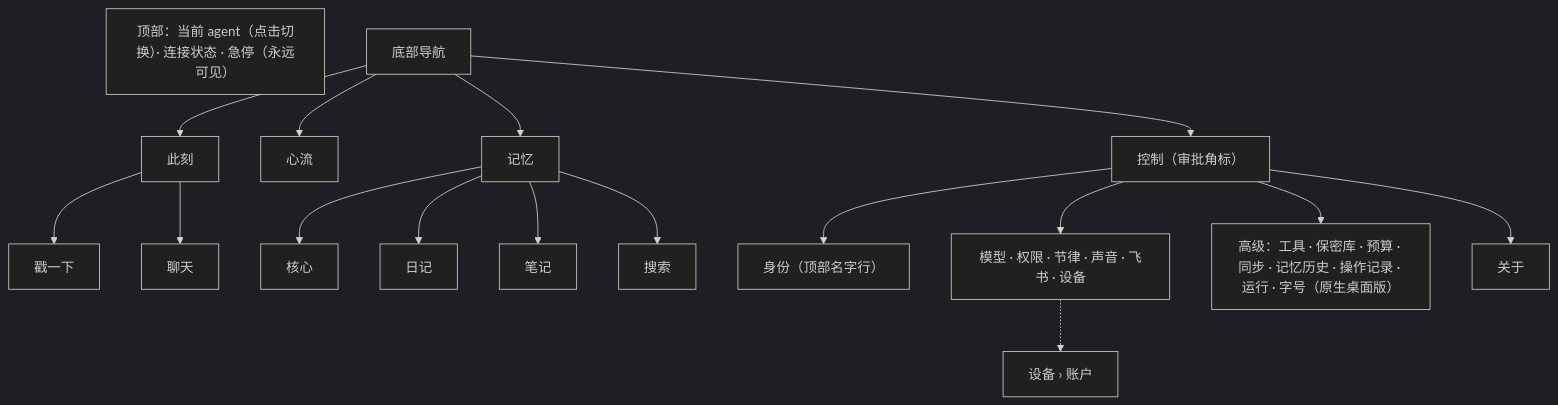
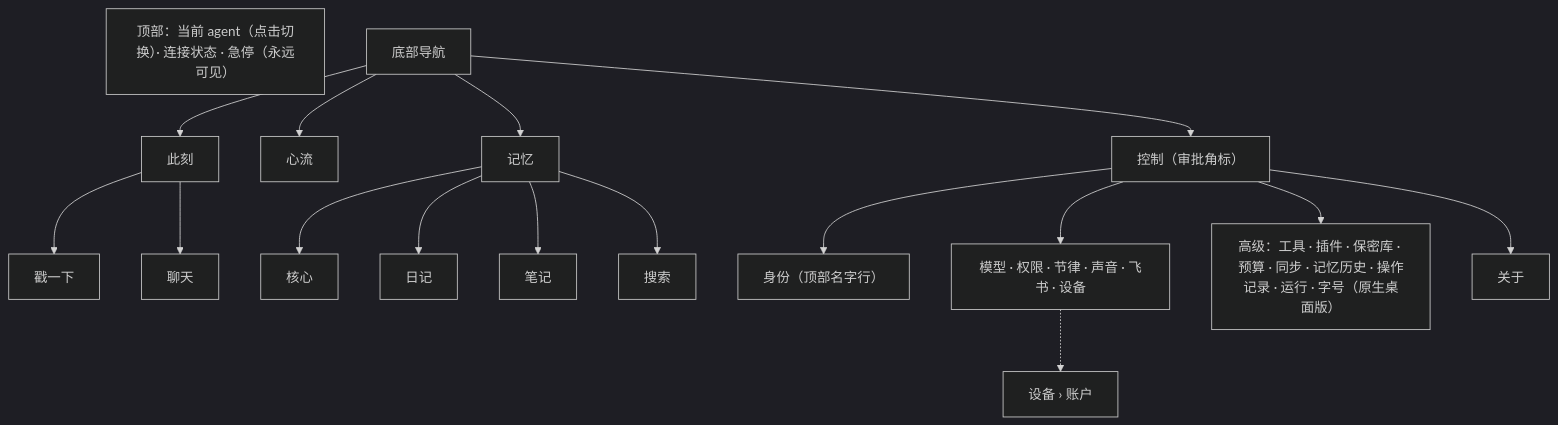
One commit to Causally-XYZ/Project.Quetzal changed the second of 2 diagrams in console/docs/ARCHITECTURE.md. Above: the diagram before and after it, drawn with Mermaid (dark theme). The commit also changed other lines of this file and 19 other files, not shown here.

````diff
--- a/console/docs/ARCHITECTURE.md
+++ b/console/docs/ARCHITECTURE.md
@@ -92,12 +93,12 @@
 ```mermaid
 flowchart TB
   TOP["顶部：当前 agent（点击切换）· 连接状态 · 急停（永远可见）"]
   NAV["底部导航"] --> A[此刻] & B[心流] & C[记忆] & D["控制（审批角标）"]
   A --> A1[戳一下] & A2[聊天]
   C --> C1[核心] & C2[日记] & C3[笔记] & C4[搜索]
   D --> D0["身份（顶部名字行）"]
   D --> D1["模型 · 权限 · 节律 · 声音 · 飞书 · 设备"]
   D1 -.-> D11["设备 › 账户"]
-  D --> D2["高级：工具 · 保密库 · 预算 · 同步 · 记忆历史 · 操作记录 · 运行 · 字号（原生桌面版）"]
+  D --> D2["高级：工具 · 插件 · 保密库 · 预算 · 同步 · 记忆历史 · 操作记录 · 运行 · 字号（原生桌面版）"]
   D --> D3["关于"]
 ```
````
